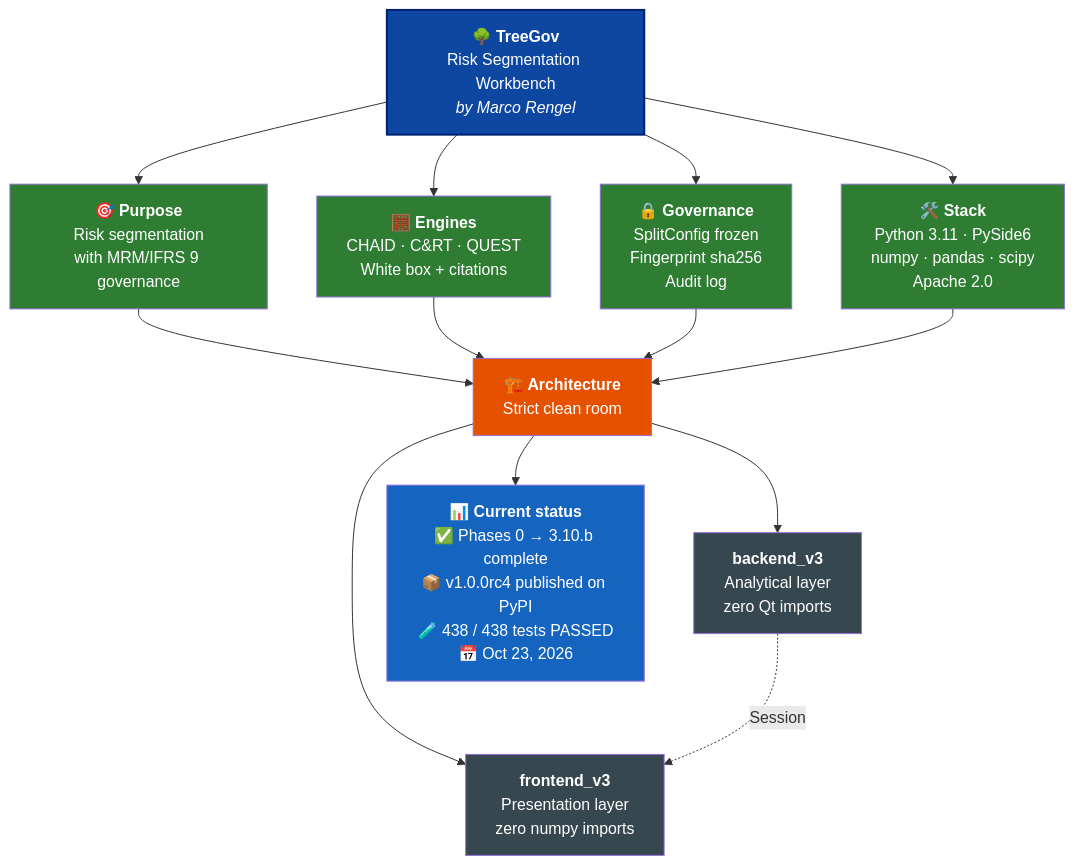
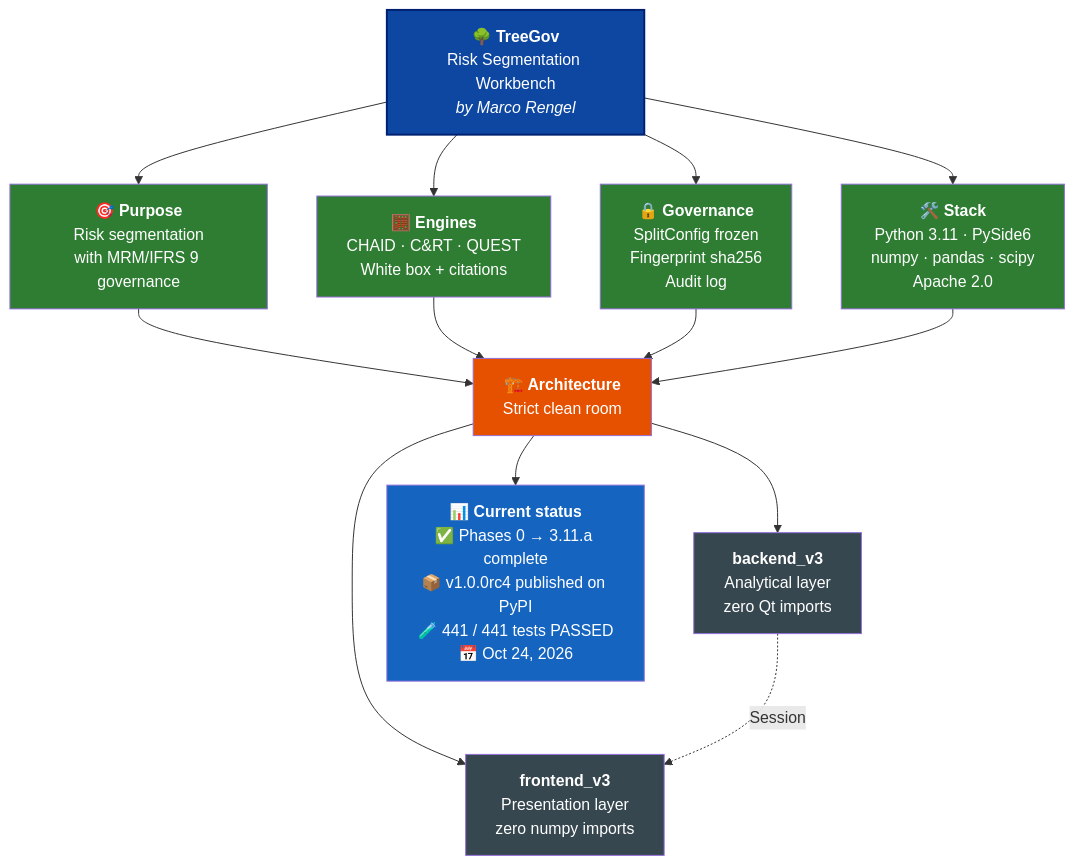
Before and after one commit to Marco-Rengel/treegov: the diagram in README.md, drawn with Mermaid. The commit also changed other lines of this file and 21 other files, not shown here.

````diff
--- a/README.md
+++ b/README.md
@@ -36,31 +36,31 @@
 ```mermaid
 flowchart TB
     TG["<b>🌳 TreeGov</b><br/>Risk Segmentation Workbench<br/><i>by Marco Rengel</i>"]
 
     TG --> P["<b>🎯 Purpose</b><br/>Risk segmentation<br/>with MRM/IFRS 9 governance"]
     TG --> M["<b>🧮 Engines</b><br/>CHAID · C&RT · QUEST<br/>White box + citations"]
     TG --> G["<b>🔒 Governance</b><br/>SplitConfig frozen<br/>Fingerprint sha256<br/>Audit log"]
     TG --> S["<b>🛠️ Stack</b><br/>Python 3.11 · PySide6<br/>numpy · pandas · scipy<br/>Apache 2.0"]
 
     P --> ARQ["<b>🏗️ Architecture</b><br/>Strict clean room"]
     M --> ARQ
     G --> ARQ
     S --> ARQ
 
     ARQ --> BE["<b>backend_v3</b><br/>Analytical layer<br/>zero Qt imports"]
     ARQ --> FE["<b>frontend_v3</b><br/>Presentation layer<br/>zero numpy imports"]
 
     BE -.->|Session| FE
 
-    ARQ --> ST["<b>📊 Current status</b><br/>✅ Phases 0 → 3.10.b complete<br/>📦 v1.0.0rc4 published on PyPI<br/>🧪 438 / 438 tests PASSED<br/>📅 Oct 23, 2026"]
+    ARQ --> ST["<b>📊 Current status</b><br/>✅ Phases 0 → 3.11.a complete<br/>📦 v1.0.0rc4 published on PyPI<br/>🧪 441 / 441 tests PASSED<br/>📅 Oct 24, 2026"]
 
     style TG fill:#0D47A1,color:#fff,stroke:#002171,stroke-width:2px
     style P fill:#2E7D32,color:#fff
     style M fill:#2E7D32,color:#fff
     style G fill:#2E7D32,color:#fff
     style S fill:#2E7D32,color:#fff
     style ARQ fill:#E65100,color:#fff
     style BE fill:#37474F,color:#fff
     style FE fill:#37474F,color:#fff
     style ST fill:#1565C0,color:#fff
 ```
````
